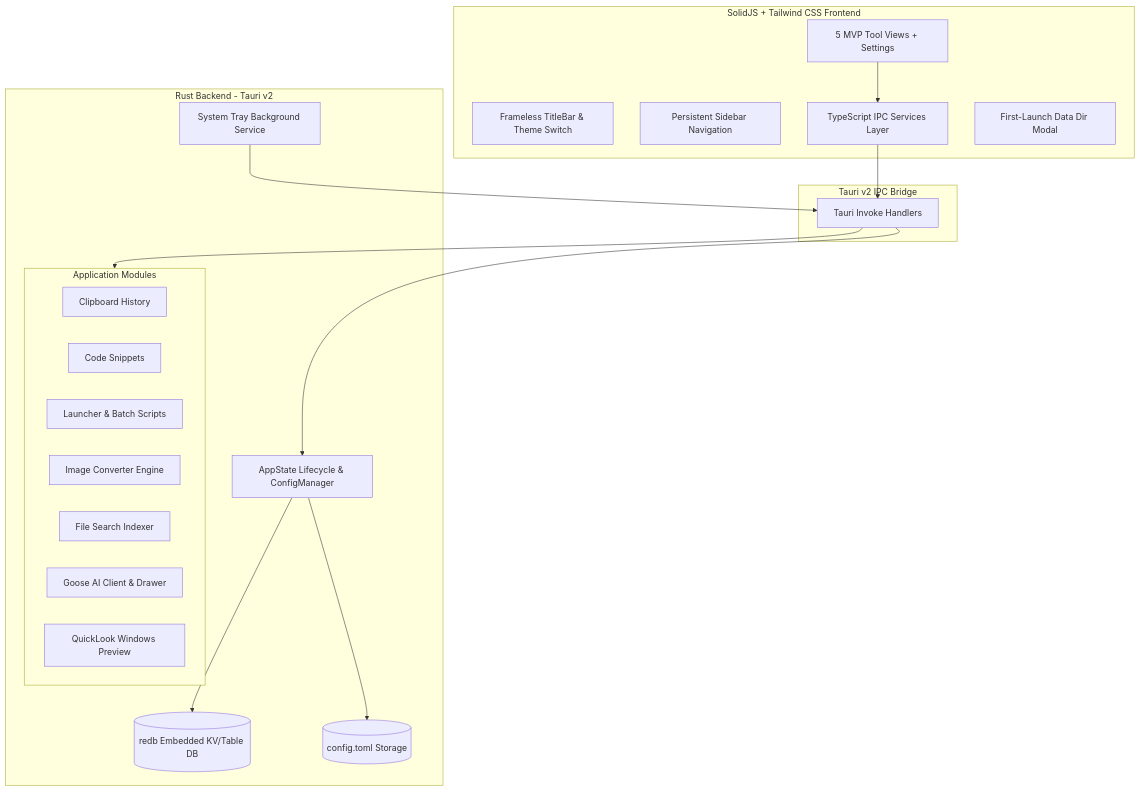
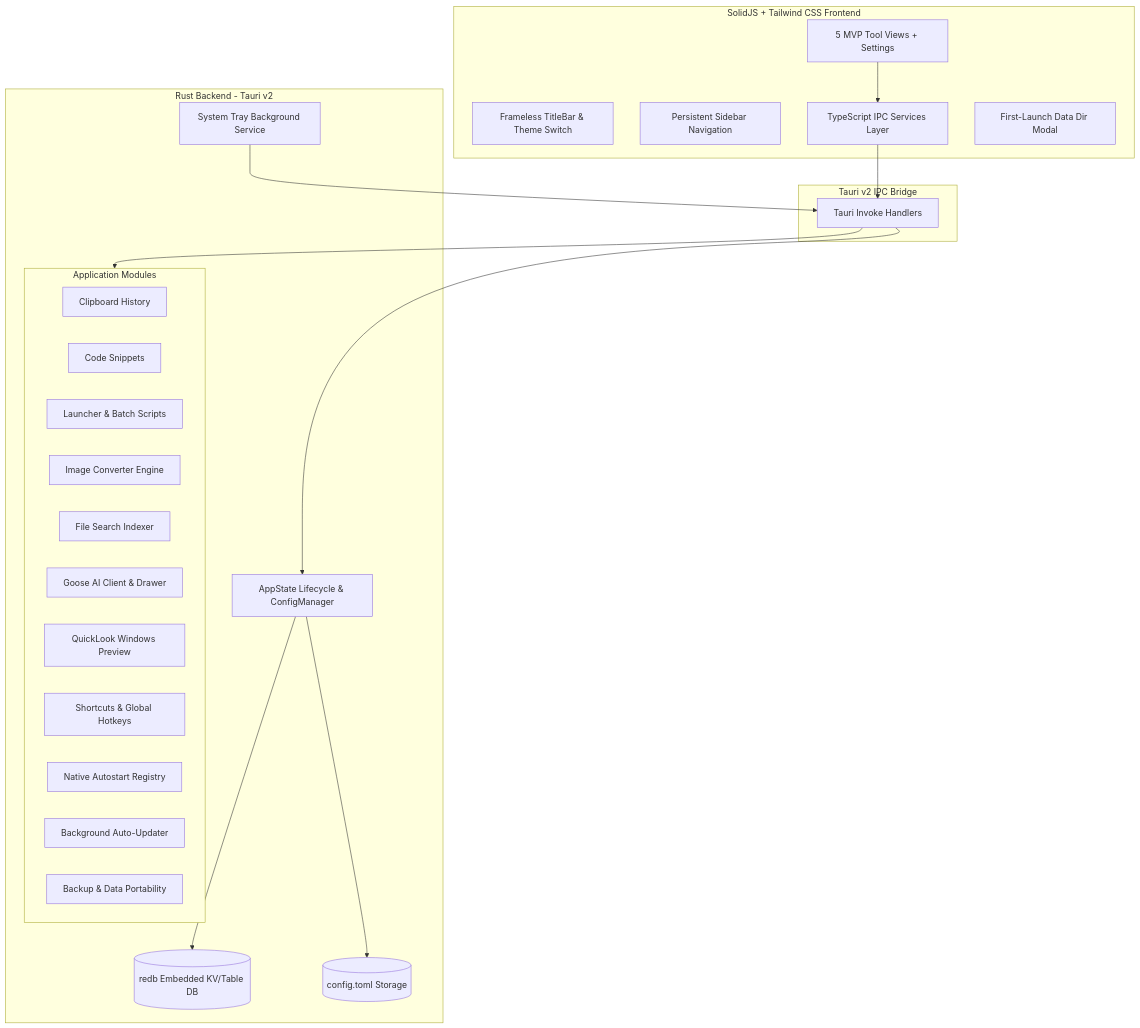
Before and after one commit to BerryUIKI/TheBerry: the diagram in docs/architecture.md, drawn with Mermaid. The commit also changed 1 other file, not shown here.

Commit message:
docs: align preset names and module diagrams with implementation (closes #55)

````diff
--- a/docs/architecture.md
+++ b/docs/architecture.md
@@ -6,39 +6,43 @@
 ```mermaid
 graph TD
     subgraph Frontend [SolidJS + Tailwind CSS Frontend]
         TitleBar[Frameless TitleBar & Theme Switch]
         Sidebar[Persistent Sidebar Navigation]
         Views[5 MVP Tool Views + Settings]
         Services[TypeScript IPC Services Layer]
         FirstLaunch[First-Launch Data Dir Modal]
     end
 
     subgraph IPC [Tauri v2 IPC Bridge]
         Commands[Tauri Invoke Handlers]
     end
 
     subgraph Backend [Rust Backend - Tauri v2]
         CoreState[AppState Lifecycle & ConfigManager]
         Tray[System Tray Background Service]
         Redb[(redb Embedded KV/Table DB)]
         TomlConfig[(config.toml Storage)]
         
         subgraph Modules [Application Modules]
             M1[Clipboard History]
             M2[Code Snippets]
             M3[Launcher & Batch Scripts]
             M4[Image Converter Engine]
             M5[File Search Indexer]
             M6[Goose AI Client & Drawer]
             M7[QuickLook Windows Preview]
+            M8[Shortcuts & Global Hotkeys]
+            M9[Native Autostart Registry]
+            M10[Background Auto-Updater]
+            M11[Backup & Data Portability]
         end
     end
 
     Views --> Services
     Services --> Commands
     Commands --> CoreState
     CoreState --> Redb
     CoreState --> TomlConfig
     Commands --> Modules
     Tray --> Commands
 ```
````
